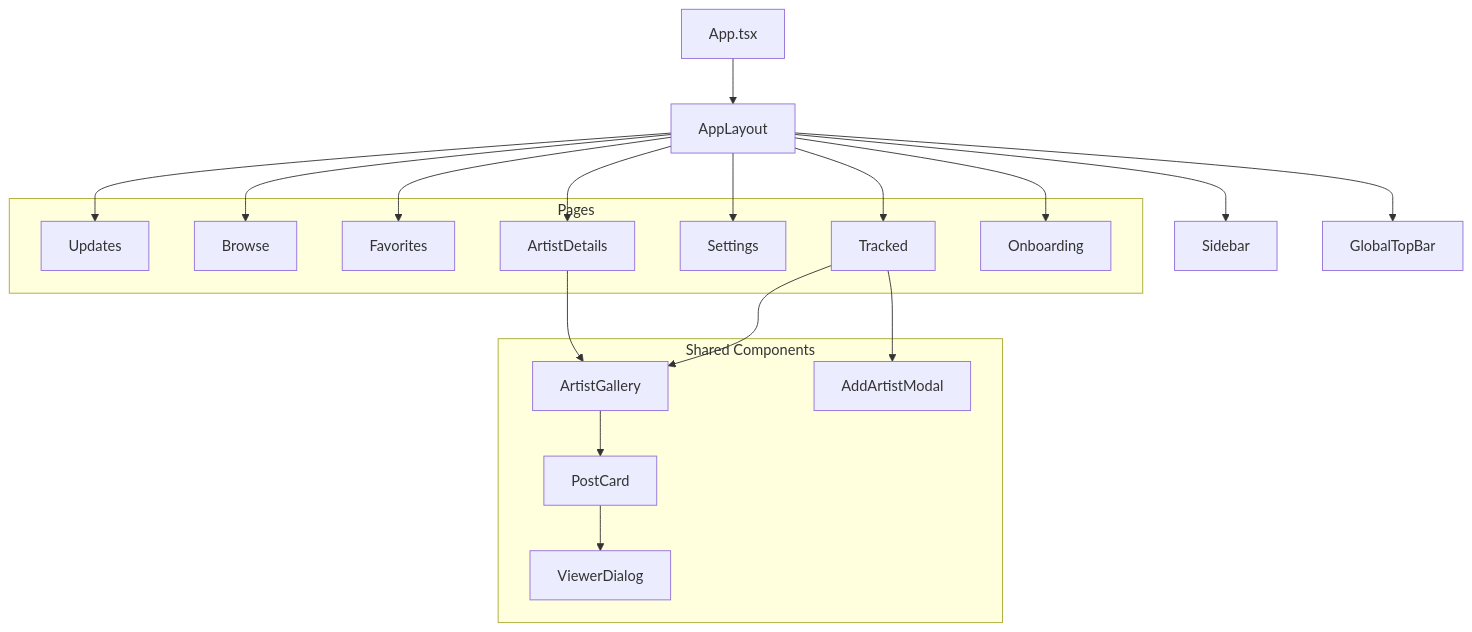
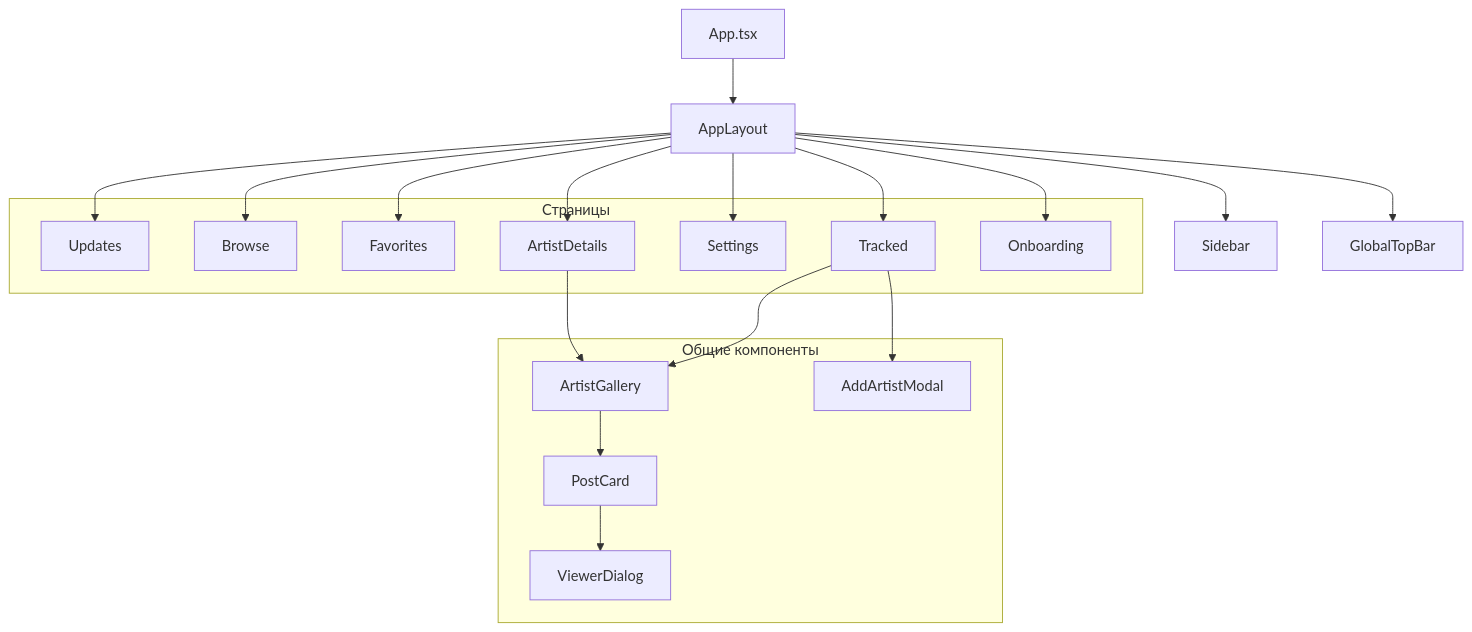
The tenth of 11 diagrams in .docs-i18n/ru/docs/architecture.md (KazeKaze93/RuleDesk), drawn with Mermaid before and after one commit. The commit also changed other lines of this file and 10 other files, not shown here.

````diff
--- a/.docs-i18n/ru/docs/architecture.md
+++ b/.docs-i18n/ru/docs/architecture.md
@@ -1196,42 +1218,42 @@
 ```mermaid
 graph TD
     App[App.tsx]
     AppLayout[AppLayout]
     Sidebar[Sidebar]
     GlobalTopBar[GlobalTopBar]
 
     App --> AppLayout
     AppLayout --> Sidebar
     AppLayout --> GlobalTopBar
 
-    subgraph "Pages"
+    subgraph "Страницы"
         Updates[Updates]
         Browse[Browse]
         Favorites[Favorites]
         Tracked[Tracked]
         Settings[Settings]
         ArtistDetails[ArtistDetails]
         Onboarding[Onboarding]
     end
 
     AppLayout --> Updates
     AppLayout --> Browse
     AppLayout --> Favorites
     AppLayout --> Tracked
     AppLayout --> Settings
     AppLayout --> ArtistDetails
     AppLayout --> Onboarding
 
-    subgraph "Shared Components"
+    subgraph "Общие компоненты"
         ArtistGallery[ArtistGallery]
         PostCard[PostCard]
         ViewerDialog[ViewerDialog]
         AddArtistModal[AddArtistModal]
     end
 
     Tracked --> ArtistGallery
     ArtistDetails --> ArtistGallery
     ArtistGallery --> PostCard
     PostCard --> ViewerDialog
     Tracked --> AddArtistModal
 ```
````
